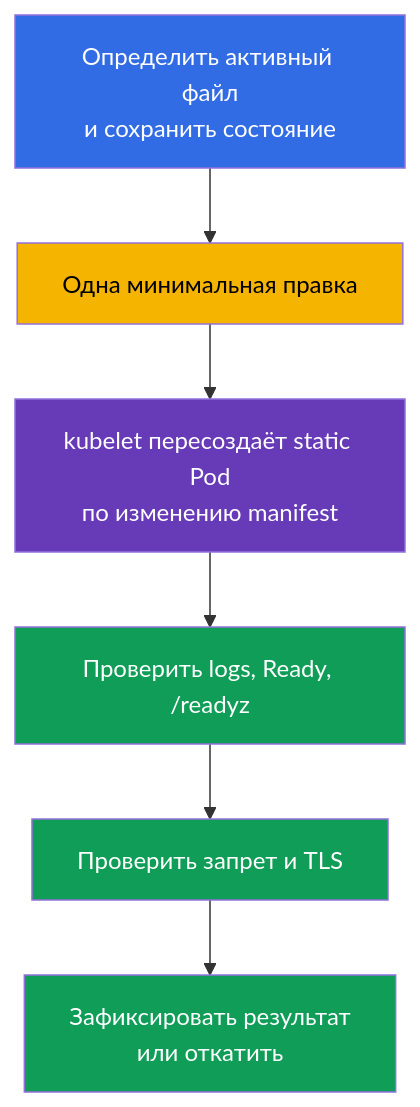
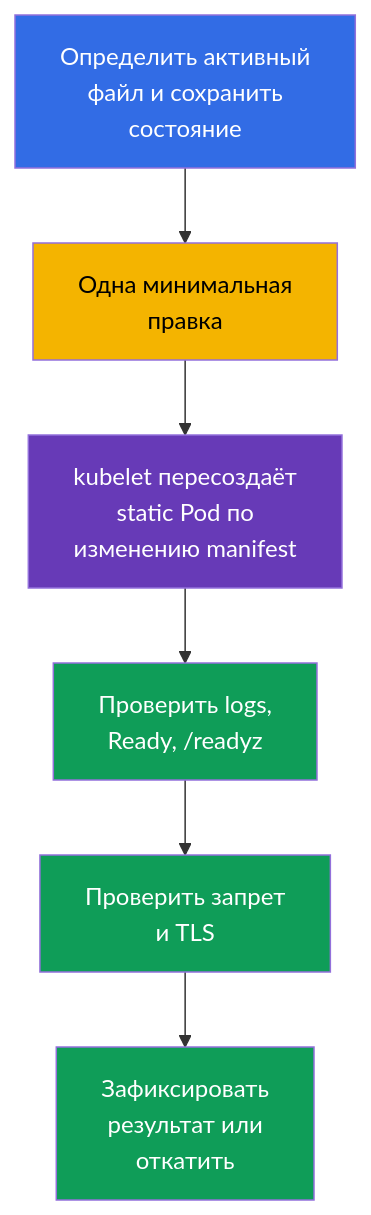
Before and after one commit to ViktorUJ/cks: the second of 2 diagrams in tasks/cks/course/09/ru.md, drawn with Mermaid. The commit also changed other lines of this file and 6 other files, not shown here.

````diff
--- a/tasks/cks/course/09/ru.md
+++ b/tasks/cks/course/09/ru.md
@@ -143,14 +160,14 @@
 ```mermaid
 flowchart TB
-    inspect["Определить активный файл<br/>и сохранить состояние"] --> edit["Одна минимальная правка"]
-    edit --> reload["kubelet пересоздаёт static Pod<br/>по изменению manifest"]
-    reload --> health["Проверить logs, Ready, /readyz"]
-    health --> test["Проверить запрет и TLS"]
-    test --> pass["Зафиксировать результат<br/>или откатить"]
+    inspect["Определить активный<br/>файл и сохранить<br/>состояние"] --> edit["Одна минимальная<br/>правка"]
+    edit --> reload["kubelet пересоздаёт<br/>static Pod по<br/>изменению manifest"]
+    reload --> health["Проверить logs,<br/>Ready, /readyz"]
+    health --> test["Проверить запрет<br/>и TLS"]
+    test --> pass["Зафиксировать<br/>результат или<br/>откатить"]
     style inspect fill:#326ce5,color:#fff
     style edit fill:#f4b400,color:#000
     style reload fill:#673ab7,color:#fff
     style health fill:#0f9d58,color:#fff
     style test fill:#0f9d58,color:#fff
     style pass fill:#0f9d58,color:#fff
 ```
````
